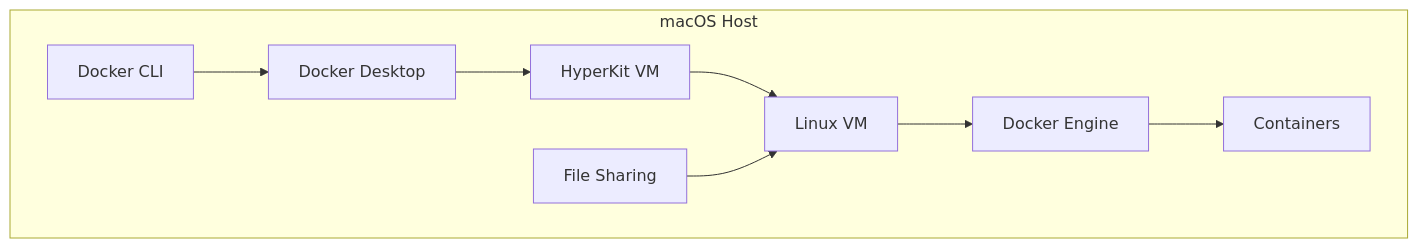
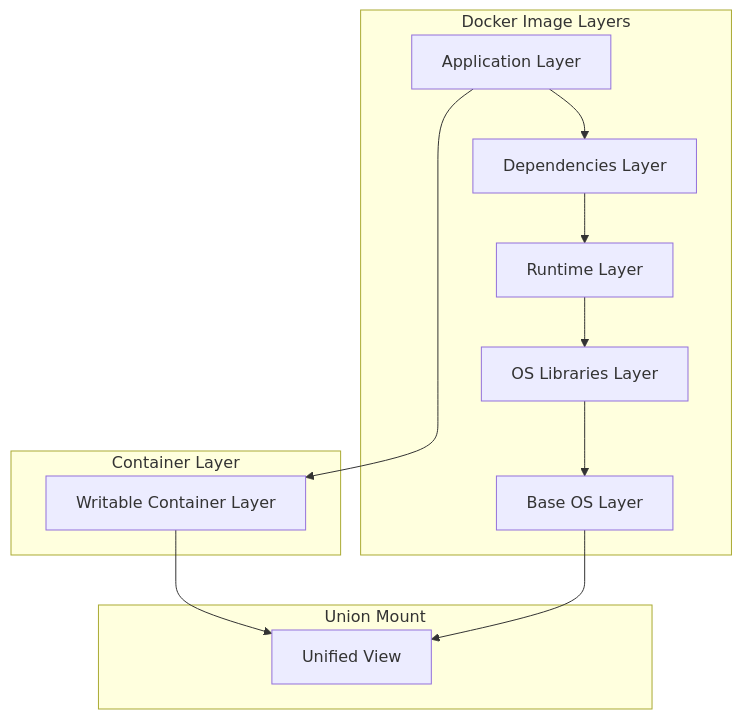
Before and after one commit to niceguy61/kdt_devops_lecture_2025: the first of 2 diagrams in week_02/day_01/session_02.md, drawn with Mermaid. The commit also changed other lines of this file and 41 other files, not shown here.

````diff
--- a/week_02/day_01/session_02.md
+++ b/week_02/day_01/session_02.md
@@ -36,12 +15,21 @@
 ```mermaid
 graph TB
-    subgraph "macOS Host"
-        A[Docker Desktop] --> B[HyperKit VM]
-        B --> C[Linux VM]
-        C --> D[Docker Engine]
-        D --> E[Containers]
-        
-        F[Docker CLI] --> A
-        G[File Sharing] --> C
+    subgraph "Docker Image Layers"
+        A[Application Layer] --> B[Dependencies Layer]
+        B --> C[Runtime Layer]
+        C --> D[OS Libraries Layer]
+        D --> E[Base OS Layer]
     end
+    
+    subgraph "Container Layer"
+        F[Writable Container Layer]
+    end
+    
+    subgraph "Union Mount"
+        G[Unified View]
+    end
+    
+    A --> F
+    F --> G
+    E --> G
 ```
````
